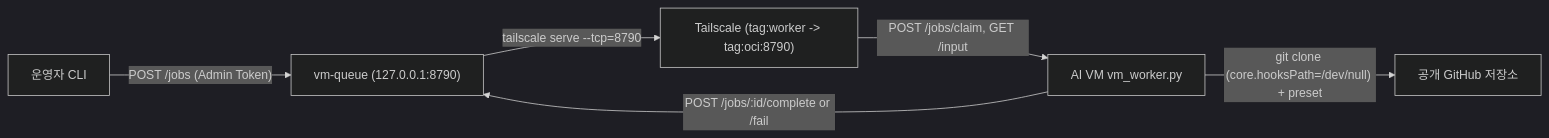
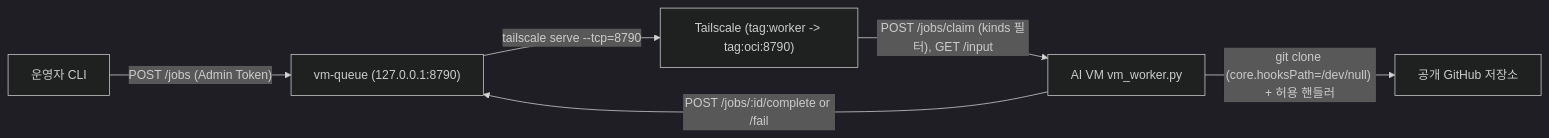
One commit to gimso2x/vm-queue changed the diagram in README.md. Above: the diagram before and after it, drawn with Mermaid (dark theme). The commit also changed other lines of this file and 9 other files, not shown here.

````diff
--- a/README.md
+++ b/README.md
@@ -21,8 +21,8 @@
 ```mermaid
 flowchart LR
     Admin["운영자 CLI"] -->|"POST /jobs (Admin Token)"| Queue["vm-queue (127.0.0.1:8790)"]
     Queue -->|"tailscale serve --tcp=8790"| TS["Tailscale (tag:worker -> tag:oci:8790)"]
-    TS -->|"POST /jobs/claim, GET /input"| Worker["AI VM vm_worker.py"]
-    Worker -->|"git clone (core.hooksPath=/dev/null) + preset"| Repo["공개 GitHub 저장소"]
+    TS -->|"POST /jobs/claim (kinds 필터), GET /input"| Worker["AI VM vm_worker.py"]
+    Worker -->|"git clone (core.hooksPath=/dev/null) + 허용 핸들러"| Repo["공개 GitHub 저장소"]
     Worker -->|"POST /jobs/:id/complete or /fail"| Queue
 ```
````
